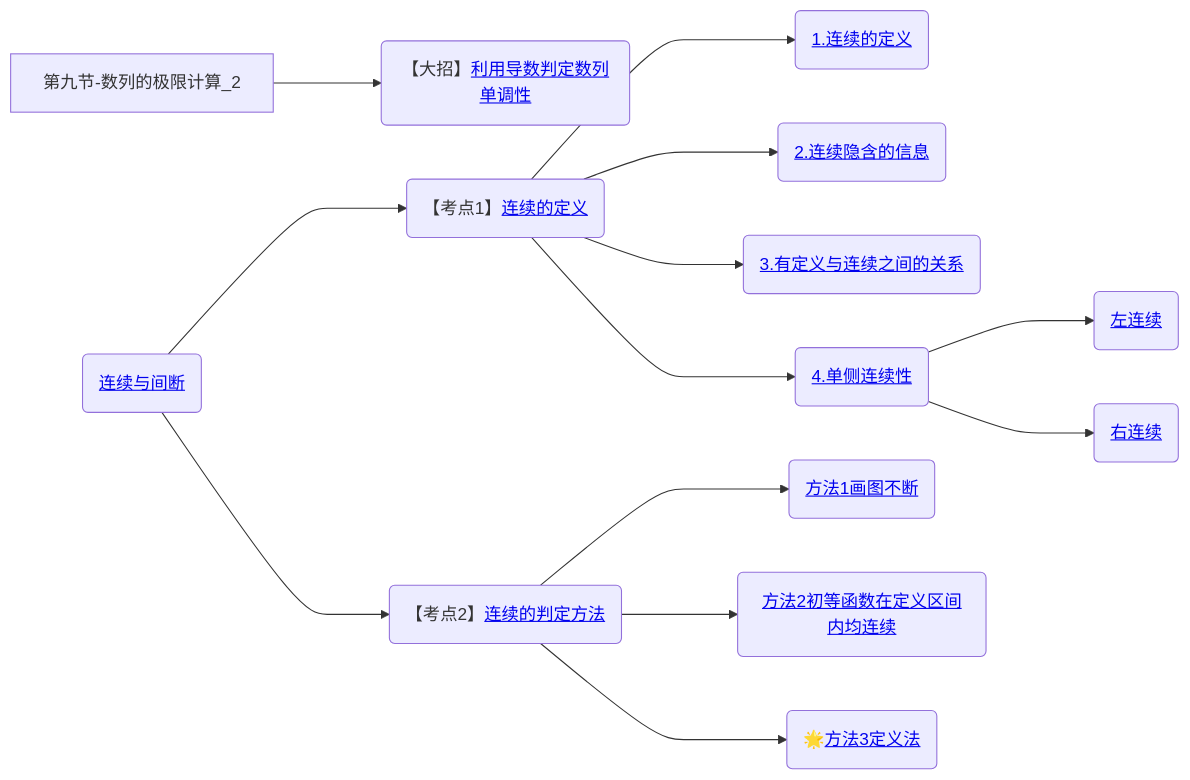
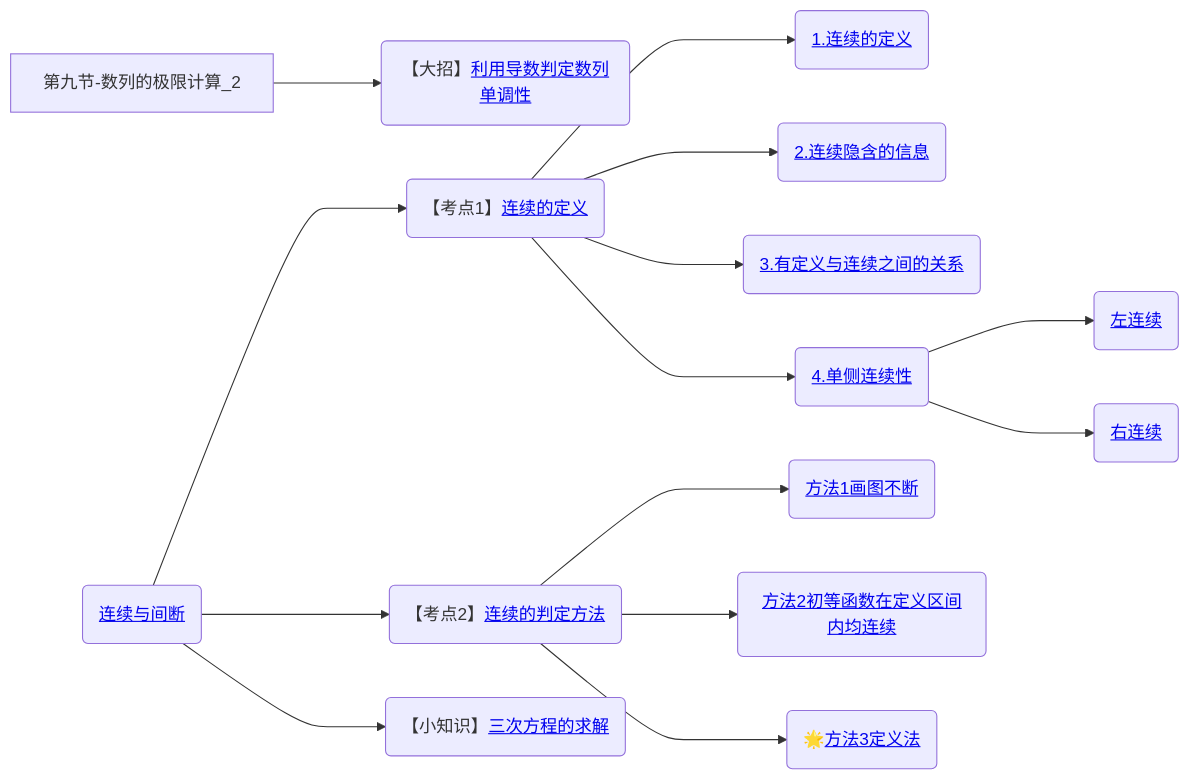
The ninth of 9 diagrams in 笔记/数学/周洋鑫/01.基础班思维导图.md (yuebinghui/note), drawn with Mermaid before and after one commit. The commit also changed 8 other files, not shown here.

````diff
--- a/笔记/数学/周洋鑫/01.基础班思维导图.md
+++ b/笔记/数学/周洋鑫/01.基础班思维导图.md
@@ -352,20 +352,22 @@
 ```mermaid
 graph LR
 第九节-数列的极限计算_2
 
 第九节-数列的极限计算_2--->利用导数判定数列单调性(【大招】<a href="/Users/yuebinghui/Documents/program/github/note/笔记/数学/周洋鑫/基础班/09.数列的极限计算_2.md#利用导数判定数列单调性">利用导数判定数列单调性</>)
 
 连续与间断(<a href="/Users/yuebinghui/Documents/program/github/note/笔记/数学/周洋鑫/基础班/09.数列的极限计算_2.md#连续与间断">连续与间断</>)
 连续与间断--->连续的定义(【考点1】<a href="/Users/yuebinghui/Documents/program/github/note/笔记/数学/周洋鑫/基础班/09.数列的极限计算_2.md#连续的定义">连续的定义</>)
 连续的定义--->1.连续的定义(<a href="/Users/yuebinghui/Documents/program/github/note/笔记/数学/周洋鑫/基础班/09.数列的极限计算_2.md#1.连续的定义">1.连续的定义</>)
 连续的定义--->2.连续隐含的信息(<a href="/Users/yuebinghui/Documents/program/github/note/笔记/数学/周洋鑫/基础班/09.数列的极限计算_2.md#2.连续隐含的信息">2.连续隐含的信息</>)
 连续的定义--->3.有定义与连续之间的关系(<a href="/Users/yuebinghui/Documents/program/github/note/笔记/数学/周洋鑫/基础班/09.数列的极限计算_2.md#3.有定义与连续之间的关系">3.有定义与连续之间的关系</>)
 连续的定义--->4.单侧连续性(<a href="/Users/yuebinghui/Documents/program/github/note/笔记/数学/周洋鑫/基础班/09.数列的极限计算_2.md#4.单侧连续性">4.单侧连续性</>)
 4.单侧连续性--->左连续(<a href="/Users/yuebinghui/Documents/program/github/note/笔记/数学/周洋鑫/基础班/09.数列的极限计算_2.md#左连续">左连续</>)
 4.单侧连续性--->右连续(<a href="/Users/yuebinghui/Documents/program/github/note/笔记/数学/周洋鑫/基础班/09.数列的极限计算_2.md#右连续">右连续</>)
 
 连续与间断--->连续的判定方法(【考点2】<a href="/Users/yuebinghui/Documents/program/github/note/笔记/数学/周洋鑫/基础班/09.数列的极限计算_2.md#连续的判定方法">连续的判定方法</>)
 连续的判定方法--->方法1画图不断(<a href="/Users/yuebinghui/Documents/program/github/note/笔记/数学/周洋鑫/基础班/09.数列的极限计算_2.md#方法1画图不断">方法1画图不断</>)
 连续的判定方法--->方法2初等函数在定义区间内均连续(<a href="/Users/yuebinghui/Documents/program/github/note/笔记/数学/周洋鑫/基础班/09.数列的极限计算_2.md#方法2初等函数在定义区间内均连续">方法2初等函数在定义区间内均连续</>)
 连续的判定方法--->方法3定义法(🌟<a href="/Users/yuebinghui/Documents/program/github/note/笔记/数学/周洋鑫/基础班/09.数列的极限计算_2.md#方法3定义法">方法3定义法</>)
+
+连续与间断--->三次方程的求解(【小知识】<a href="/Users/yuebinghui/Documents/program/github/note/笔记/数学/周洋鑫/基础班/09.数列的极限计算_2.md#三次方程的求解">三次方程的求解</>)
 ```
````
